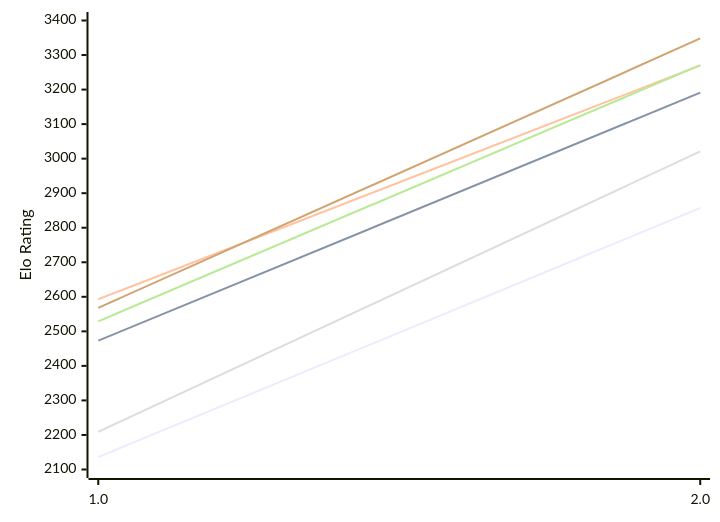
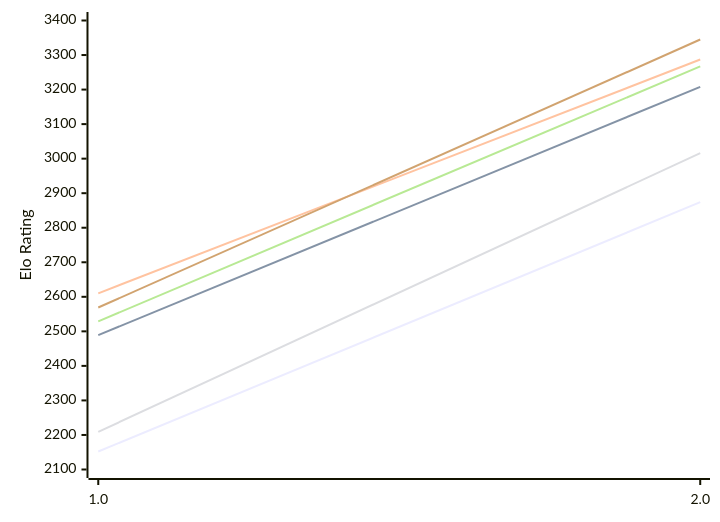
One commit to computer-chess-index/cci changed the diagram in engines/Scarlet.md. Above: the diagram before and after it, drawn with Mermaid. The commit also changed other lines of this file, not shown here.

Commit message:
Update CCI Ratings (ELO VLTC) - 2026-11-11

````diff
--- a/engines/Scarlet.md
+++ b/engines/Scarlet.md
@@ -49,12 +49,12 @@
 ```mermaid
 %%{init: {"theme":"base","themeVariables":{"seriesColors:['#a3a3a3','#222221','#faa371']}}}%%
 xychart-beta
   x-axis ["1.0", "2.0"]
   y-axis "Elo Rating" 2100 --> 3400
-  line "E1: STC (8.0+0.08s)" [2136, 2857]
-  line "E1: LTC (60.0+0.60s)" [2473, 3191]
-  line "E1: VLTC (2m24s+1.12s)" [2593, 3270]
-  line "P1: STC (8.0+0.08s)" [2209, 3021]
-  line "P1: LTC (60.0+0.60s)" [2529, 3271]
-  line "P1: VLTC (2m24s+1.12s)" [2568, 3348]
+  line "E1: STC (8.0+0.08s)" [2152, 2874]
+  line "E1: LTC (60.0+0.60s)" [2489, 3208]
+  line "E1: VLTC (2m24s+1.12s)" [2610, 3287]
+  line "P1: STC (8.0+0.08s)" [2209, 3016]
+  line "P1: LTC (60.0+0.60s)" [2529, 3267]
+  line "P1: VLTC (2m24s+1.12s)" [2569, 3345]
 ```
````
